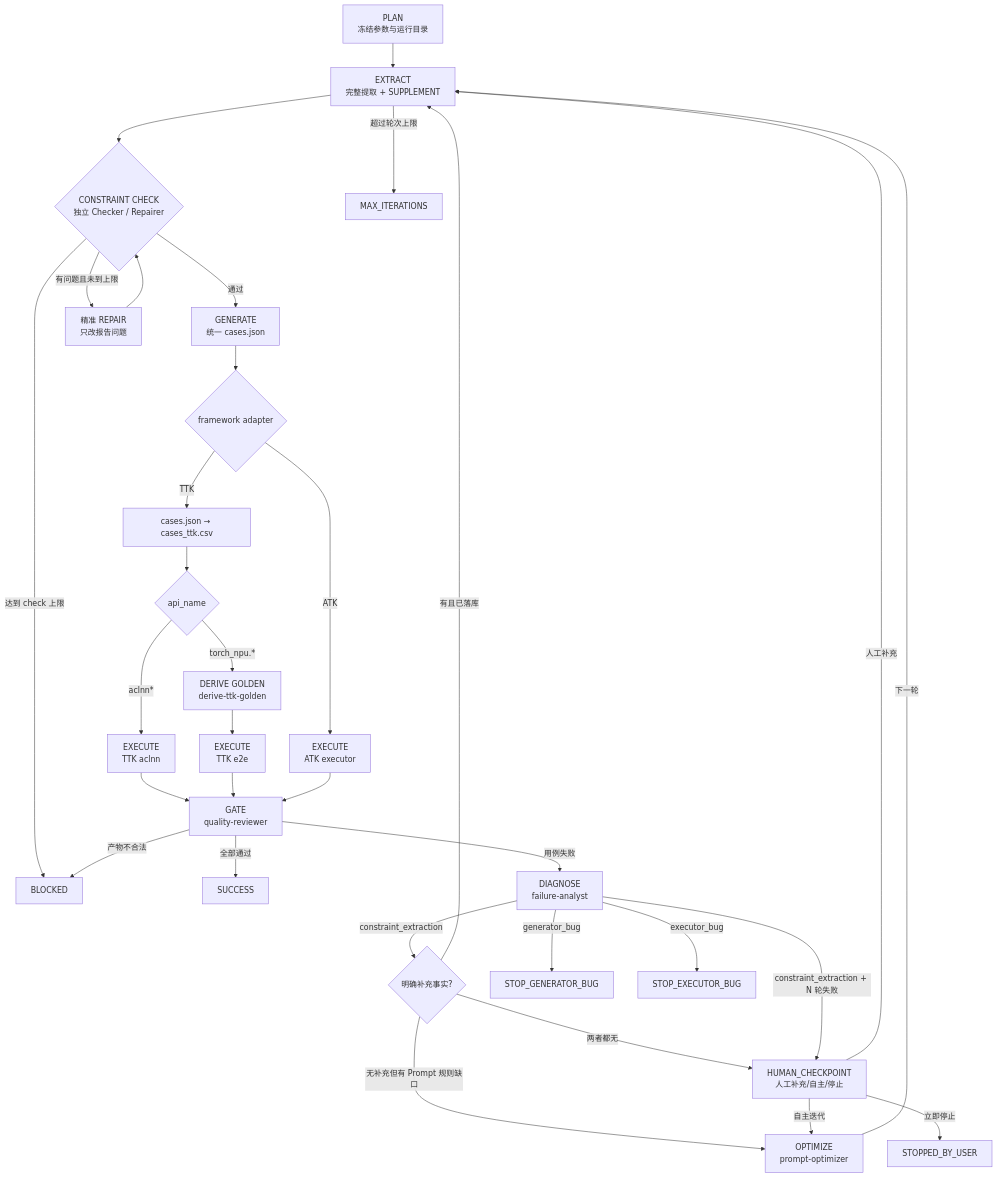
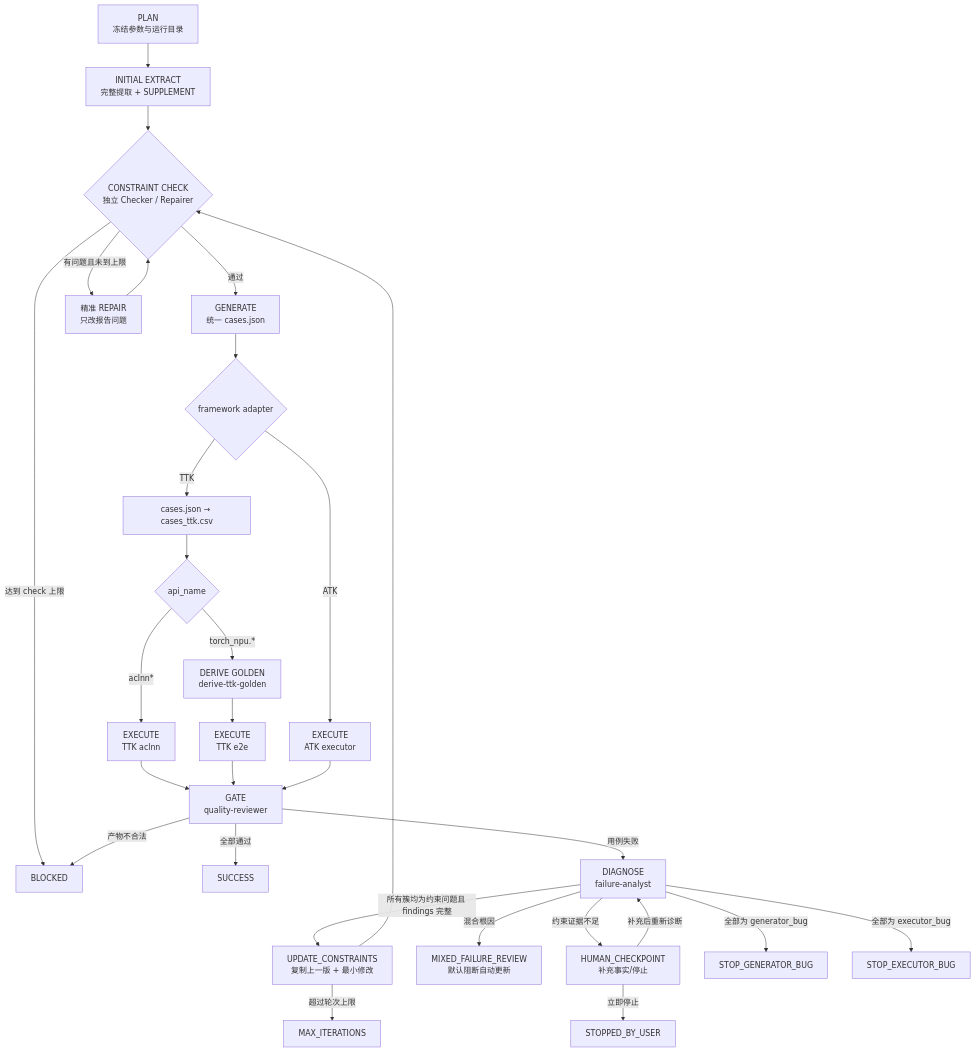
One commit to 564239493/operator-common-iterator-claude changed the diagram in docs/WORKFLOW.md. Above: the diagram before and after it, drawn with Mermaid. The commit also changed other lines of this file and 18 other files, not shown here.

````diff
--- a/docs/WORKFLOW.md
+++ b/docs/WORKFLOW.md
@@ -53,34 +54,31 @@
 ```mermaid
 flowchart TD
-    P["PLAN<br/>冻结参数与运行目录"] --> E["EXTRACT<br/>完整提取 + SUPPLEMENT"]
+    P["PLAN<br/>冻结参数与运行目录"] --> E["INITIAL EXTRACT<br/>完整提取 + SUPPLEMENT"]
     E --> CC{"CONSTRAINT CHECK<br/>独立 Checker / Repairer"}
     CC -->|通过| G["GENERATE<br/>统一 cases.json"]
     CC -->|有问题且未到上限| CR["精准 REPAIR<br/>只改报告问题"]
     CR --> CC
     CC -->|达到 check 上限| B
     G --> A{"framework adapter"}
     A -->|ATK| X["EXECUTE<br/>ATK executor"]
     A -->|TTK| C["cases.json → cases_ttk.csv"]
     C --> TM{"api_name"}
     TM -->|"aclnn*"| XA["EXECUTE<br/>TTK aclnn"]
     TM -->|"torch_npu.*"| R["DERIVE GOLDEN<br/>derive-ttk-golden"]
     R --> X2["EXECUTE<br/>TTK e2e"]
     XA --> Q
     X2 --> Q
     X --> Q["GATE<br/>quality-reviewer"]
     Q -->|全部通过| S["SUCCESS"]
     Q -->|用例失败| D["DIAGNOSE<br/>failure-analyst"]
     Q -->|产物不合法| B["BLOCKED"]
-    D -->|constraint_extraction| SD{"明确补充事实?"}
-    SD -->|有且已落库| E
-    SD -->|无补充但有 Prompt 规则缺口| O["OPTIMIZE<br/>prompt-optimizer"]
-    SD -->|两者都无| HC
-    O -->|下一轮| E
-    D -->|constraint_extraction + N 轮失败| HC["HUMAN_CHECKPOINT<br/>人工补充/自主/停止"]
-    HC -->|人工补充| E
-    HC -->|自主迭代| O
+    D -->|所有簇均为约束问题且 findings 完整| U["UPDATE_CONSTRAINTS<br/>复制上一版 + 最小修改"]
+    U --> CC
+    D -->|混合根因| MR["MIXED_FAILURE_REVIEW<br/>默认阻断自动更新"]
+    D -->|约束证据不足| HC["HUMAN_CHECKPOINT<br/>补充事实/停止"]
+    HC -->|补充后重新诊断| D
     HC -->|立即停止| SU["STOPPED_BY_USER"]
-    D -->|generator_bug| GB["STOP_GENERATOR_BUG"]
-    D -->|executor_bug| EB["STOP_EXECUTOR_BUG"]
-    E -->|超过轮次上限| M["MAX_ITERATIONS"]
+    D -->|全部为 generator_bug| GB["STOP_GENERATOR_BUG"]
+    D -->|全部为 executor_bug| EB["STOP_EXECUTOR_BUG"]
+    U -->|超过轮次上限| M["MAX_ITERATIONS"]
 ```
````
